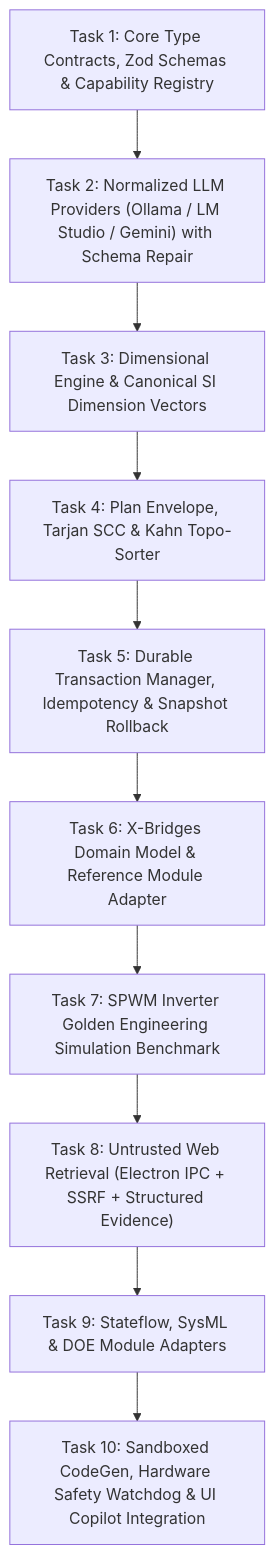
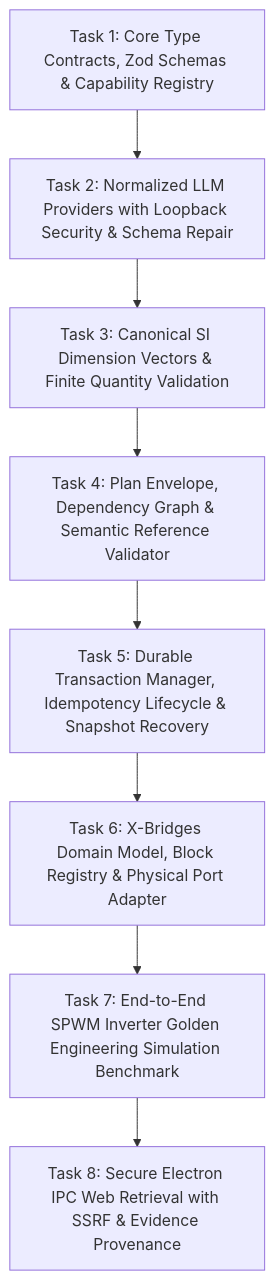
Before and after one commit to bassembiomy/ADAI-: the diagram in docs/superpowers/plans/2026-08-18-adia-autonomous-ai-copilot.md, drawn with Mermaid. The commit also changed other lines of this file, not shown here.

Commit message:
docs: finalize autonomous AI Copilot master implementation plan v2.2 with complete vertical slice, loopback security, and true inverter benchmark

````diff
--- a/docs/superpowers/plans/2026-08-18-adia-autonomous-ai-copilot.md
+++ b/docs/superpowers/plans/2026-08-18-adia-autonomous-ai-copilot.md
@@ -30,12 +30,10 @@
 ```mermaid
 flowchart TD
-    T1["Task 1: Core Type Contracts, Zod Schemas & Capability Registry"] --> T2["Task 2: Normalized LLM Providers (Ollama / LM Studio / Gemini) with Schema Repair"]
-    T2 --> T3["Task 3: Dimensional Engine & Canonical SI Dimension Vectors"]
-    T3 --> T4["Task 4: Plan Envelope, Tarjan SCC & Kahn Topo-Sorter"]
-    T4 --> T5["Task 5: Durable Transaction Manager, Idempotency & Snapshot Rollback"]
-    T5 --> T6["Task 6: X-Bridges Domain Model & Reference Module Adapter"]
-    T6 --> T7["Task 7: SPWM Inverter Golden Engineering Simulation Benchmark"]
-    T7 --> T8["Task 8: Untrusted Web Retrieval (Electron IPC + SSRF + Structured Evidence)"]
-    T8 --> T9["Task 9: Stateflow, SysML & DOE Module Adapters"]
-    T9 --> T10["Task 10: Sandboxed CodeGen, Hardware Safety Watchdog & UI Copilot Integration"]
+    T1["Task 1: Core Type Contracts, Zod Schemas & Capability Registry"] --> T2["Task 2: Normalized LLM Providers with Loopback Security & Schema Repair"]
+    T2 --> T3["Task 3: Canonical SI Dimension Vectors & Finite Quantity Validation"]
+    T3 --> T4["Task 4: Plan Envelope, Dependency Graph & Semantic Reference Validator"]
+    T4 --> T5["Task 5: Durable Transaction Manager, Idempotency Lifecycle & Snapshot Recovery"]
+    T5 --> T6["Task 6: X-Bridges Domain Model, Block Registry & Physical Port Adapter"]
+    T6 --> T7["Task 7: End-to-End SPWM Inverter Golden Engineering Simulation Benchmark"]
+    T7 --> T8["Task 8: Secure Electron IPC Web Retrieval with SSRF & Evidence Provenance"]
 ```
````
